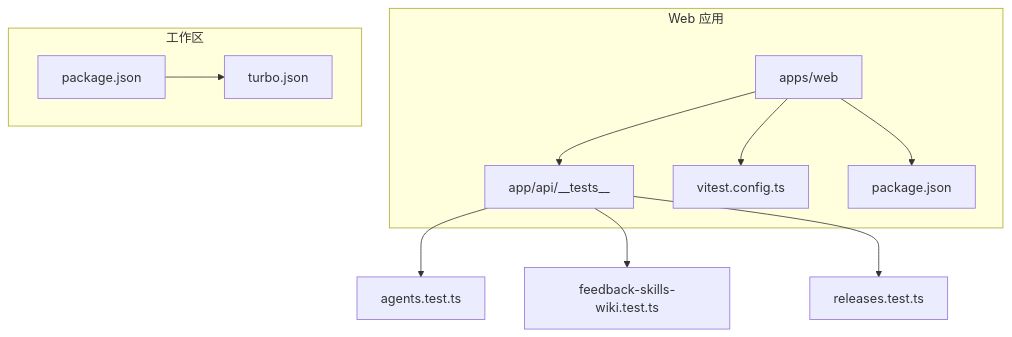
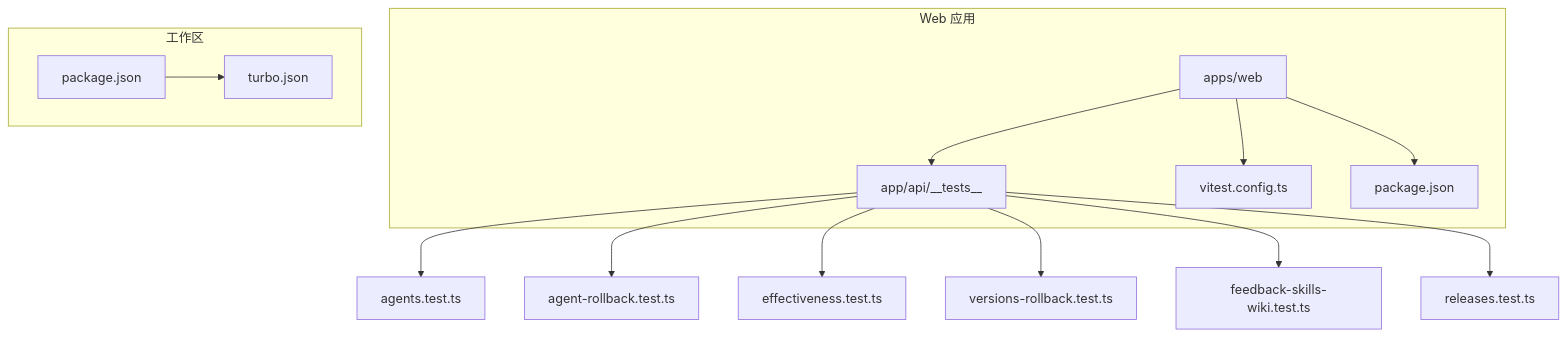
One commit to ai-guru-global/agent-up changed the first of 3 diagrams in .qoder/repowiki/zh/content/开发指南/测试基础设施.md. Above: the diagram before and after it, drawn with Mermaid. The commit also changed other lines of this file and 59 other files, not shown here.

````diff
--- a/.qoder/repowiki/zh/content/开发指南/测试基础设施.md
+++ b/.qoder/repowiki/zh/content/开发指南/测试基础设施.md
@@ -36,14 +46,17 @@
 ```mermaid
 graph TB
 subgraph "Web 应用"
 A["apps/web"] --> B["app/api/__tests__"]
 A --> C["vitest.config.ts"]
 A --> D["package.json"]
 end
 subgraph "工作区"
 E["package.json"] --> F["turbo.json"]
 end
 B --> G["agents.test.ts"]
-B --> H["feedback-skills-wiki.test.ts"]
-B --> I["releases.test.ts"]
+B --> H["agent-rollback.test.ts"]
+B --> I["effectiveness.test.ts"]
+B --> J["versions-rollback.test.ts"]
+B --> K["feedback-skills-wiki.test.ts"]
+B --> L["releases.test.ts"]
 ```
````
